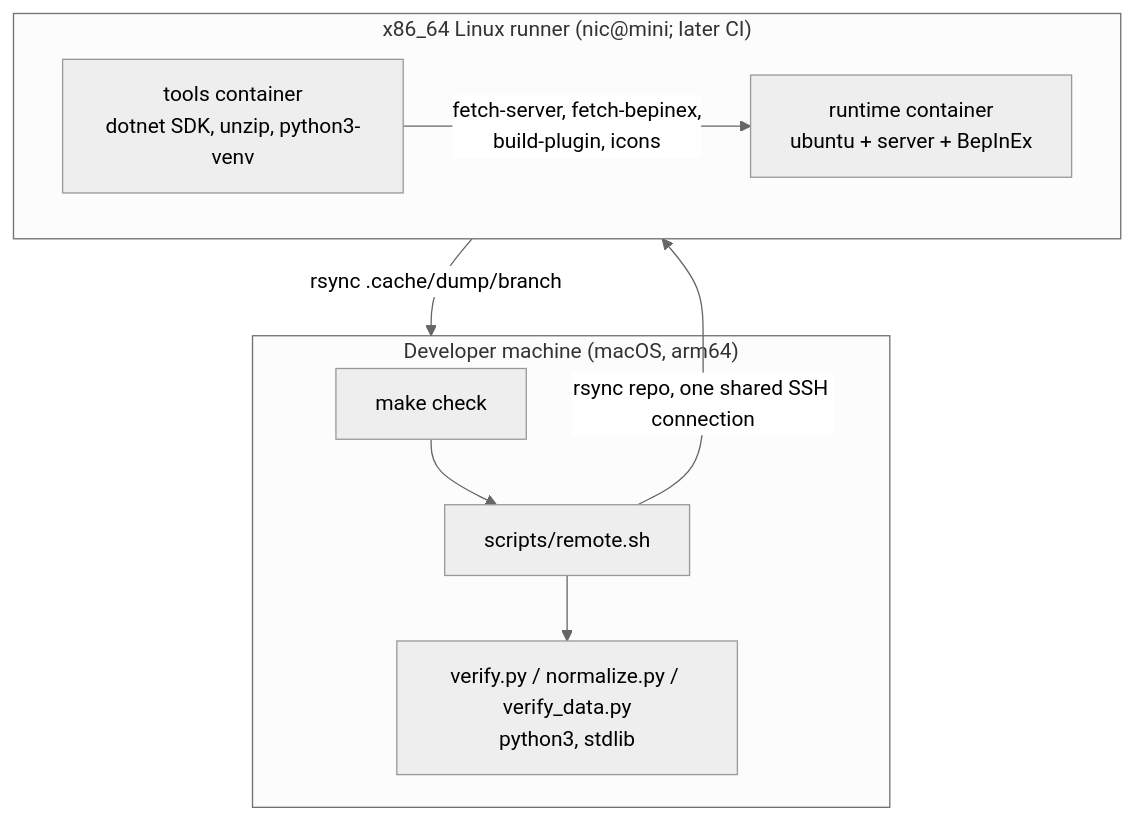
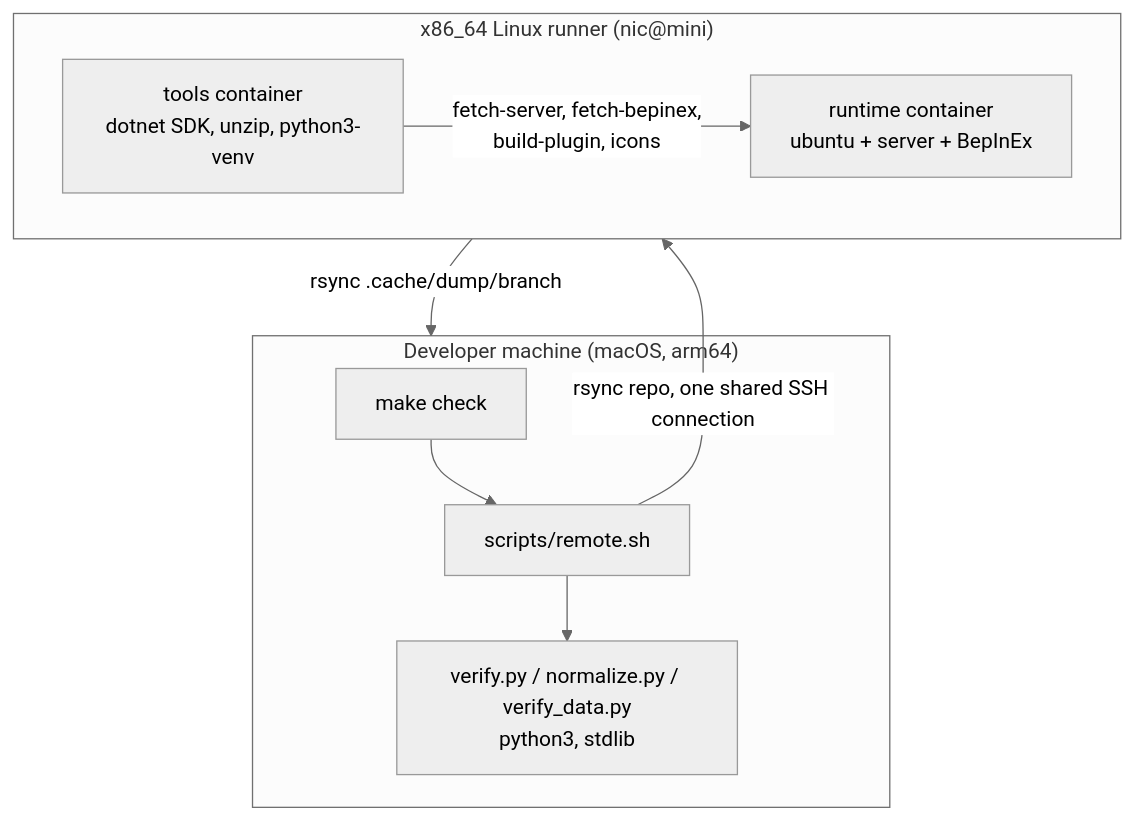
The second of 5 diagrams in Architecture.md (benders/mimir), drawn with Mermaid (neutral theme) before and after one commit. The commit also changed other lines of this file and 8 other files, not shown here.

````diff
--- a/Architecture.md
+++ b/Architecture.md
@@ -43,15 +43,15 @@
 ```mermaid
 flowchart TB
     subgraph Mac["Developer machine (macOS, arm64)"]
         MK[make check] --> R[scripts/remote.sh]
         V[verify.py / normalize.py / verify_data.py<br/>python3, stdlib]
     end
-    subgraph Runner["x86_64 Linux runner (nic@mini; later CI)"]
+    subgraph Runner["x86_64 Linux runner (nic@mini)"]
         T[tools container<br/>dotnet SDK, unzip, python3-venv]
         RT[runtime container<br/>ubuntu + server + BepInEx]
     end
     R -->|rsync repo, one shared SSH connection| Runner
     T -->|fetch-server, fetch-bepinex,<br/>build-plugin, icons| RT
     Runner -->|rsync .cache/dump/branch| Mac
     R --> V
 ```
````
